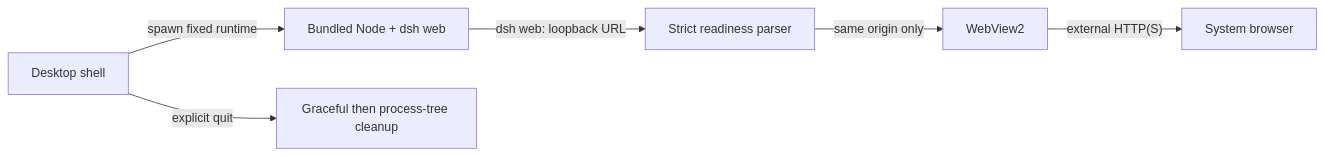
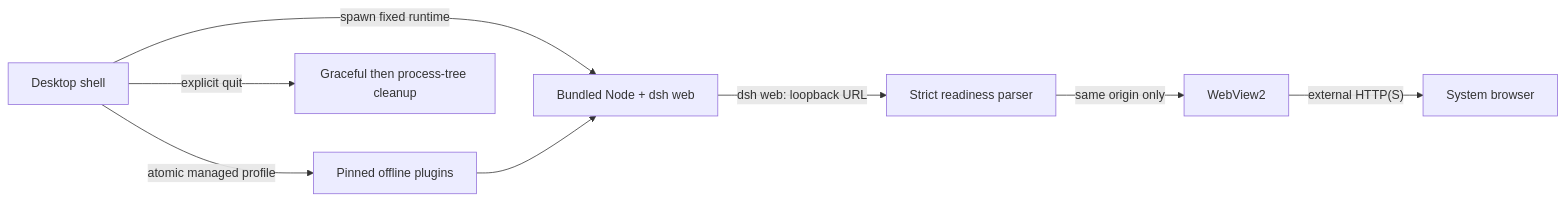
The diagram in README.md (licn9901-arch/DSH-Desktop), drawn with Mermaid before and after one commit. The commit also changed other lines of this file and 4 other files, not shown here.

````diff
--- a/README.md
+++ b/README.md
@@ -46,8 +61,10 @@
 ```mermaid
 flowchart LR
     A["Desktop shell"] -->|"spawn fixed runtime"| B["Bundled Node + dsh web"]
+    A -->|"atomic managed profile"| P["Pinned offline plugins"]
+    P --> B
     B -->|"dsh web: loopback URL"| C["Strict readiness parser"]
     C -->|"same origin only"| D["WebView2"]
     D -->|"external HTTP(S)"| E["System browser"]
     A -->|"explicit quit"| F["Graceful then process-tree cleanup"]
 ```
````
